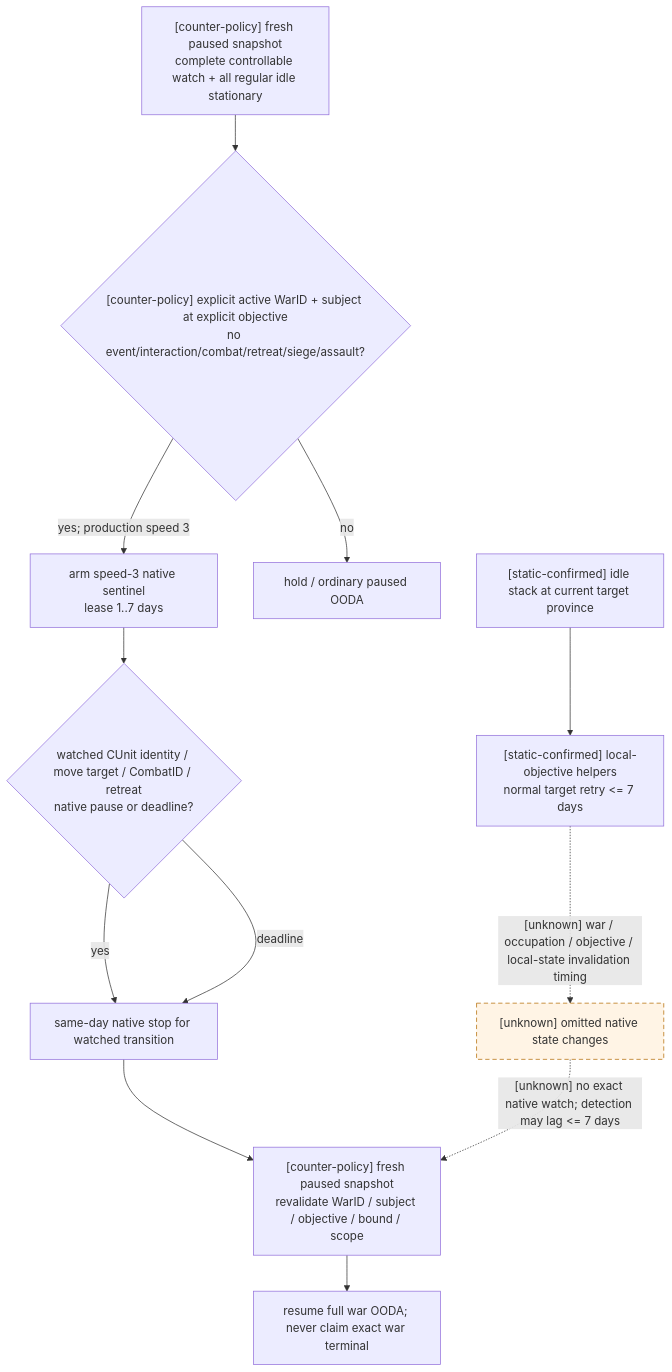
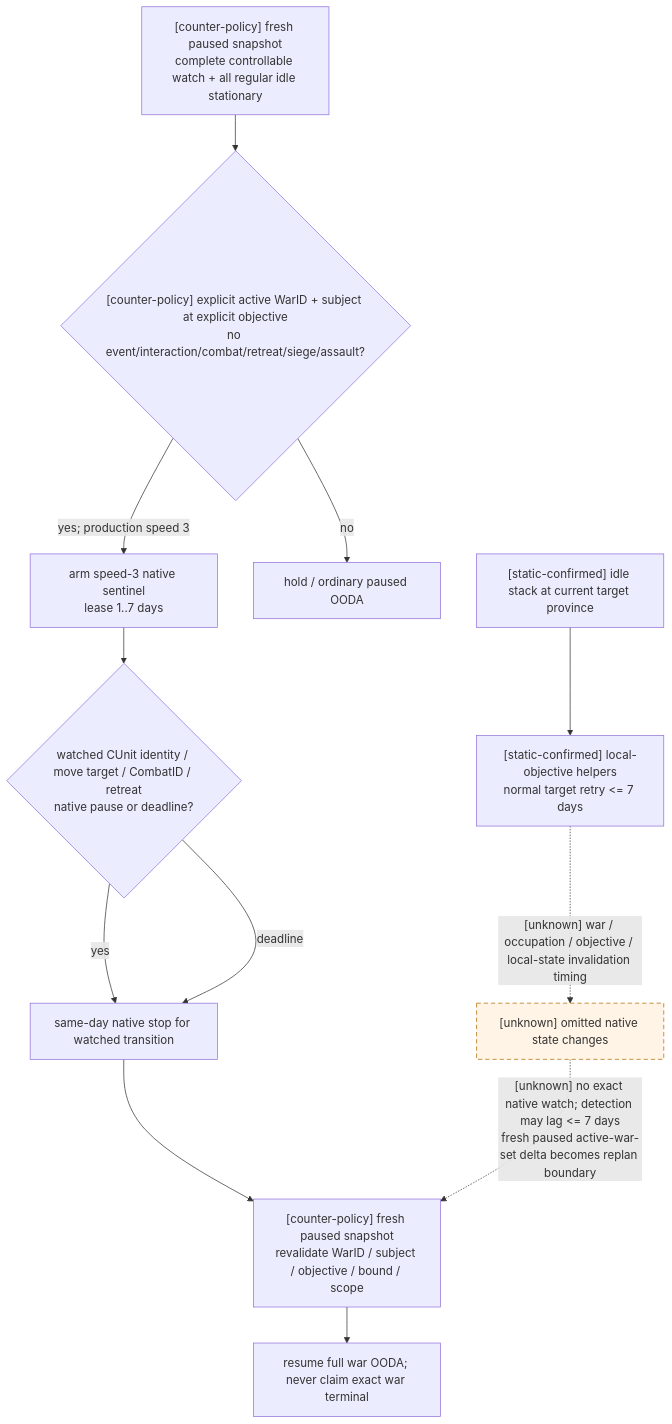
Before and after one commit to XenoAmess/ck3_eternal_recurrence: the tenth of 10 diagrams in docs/ck3-native-ai/army-controller.md, drawn with Mermaid. The commit also changed other lines of this file and 44 other files, not shown here.

````diff
--- a/docs/ck3-native-ai/army-controller.md
+++ b/docs/ck3-native-ai/army-controller.md
@@ -528,16 +551,16 @@
 ```mermaid
 flowchart TD
     I["[static-confirmed] idle stack at current target province"] --> T["[static-confirmed] local-objective helpers<br/>normal target retry <= 7 days"]
     T -. "[unknown] war / occupation / objective / local-state invalidation timing" .-> U["[unknown] omitted native state changes"]
     P["[counter-policy] fresh paused snapshot<br/>complete controllable watch + all regular idle stationary"] --> G{"[counter-policy] explicit active WarID + subject at explicit objective<br/>no event/interaction/combat/retreat/siege/assault?"}
     G -->|no| H["hold / ordinary paused OODA"]
     G -->|yes; production speed 3| A["arm speed-3 native sentinel<br/>lease 1..7 days"]
     A --> S{"watched CUnit identity / move target / CombatID / retreat<br/>native pause or deadline?"}
     S -->|yes| R["same-day native stop for watched transition"]
     S -->|deadline| R
     R --> F["[counter-policy] fresh paused snapshot<br/>revalidate WarID / subject / objective / bound / scope"]
-    U -. "[unknown] no exact native watch; detection may lag <= 7 days" .-> F
+    U -. "[unknown] no exact native watch; detection may lag <= 7 days<br/>fresh paused active-war-set delta becomes replan boundary" .-> F
     F --> O["resume full war OODA; never claim exact war terminal"]
     classDef unknown stroke-dasharray: 6 4,fill:#fff4e5,stroke:#b36b00;
     class U unknown;
 ```
````
